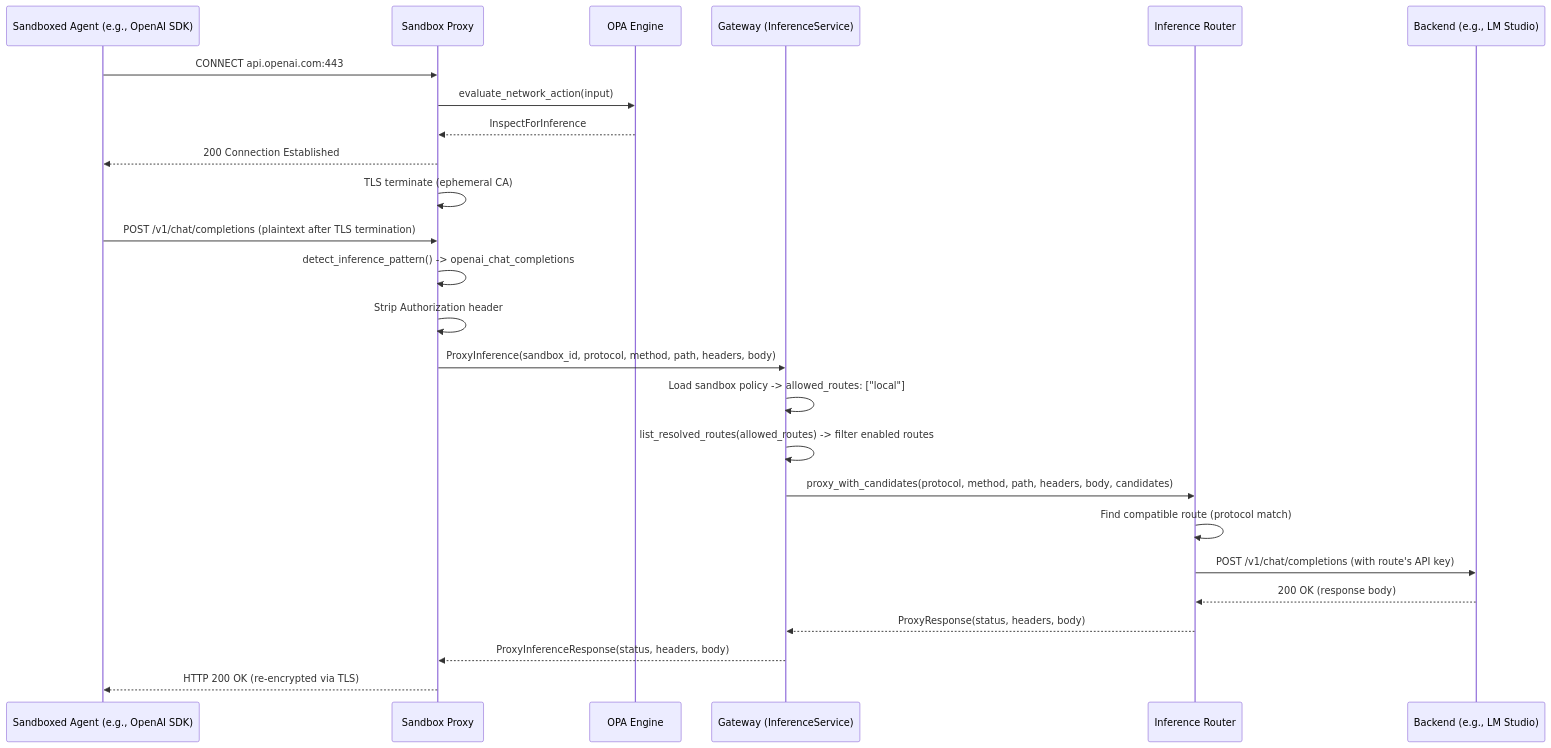
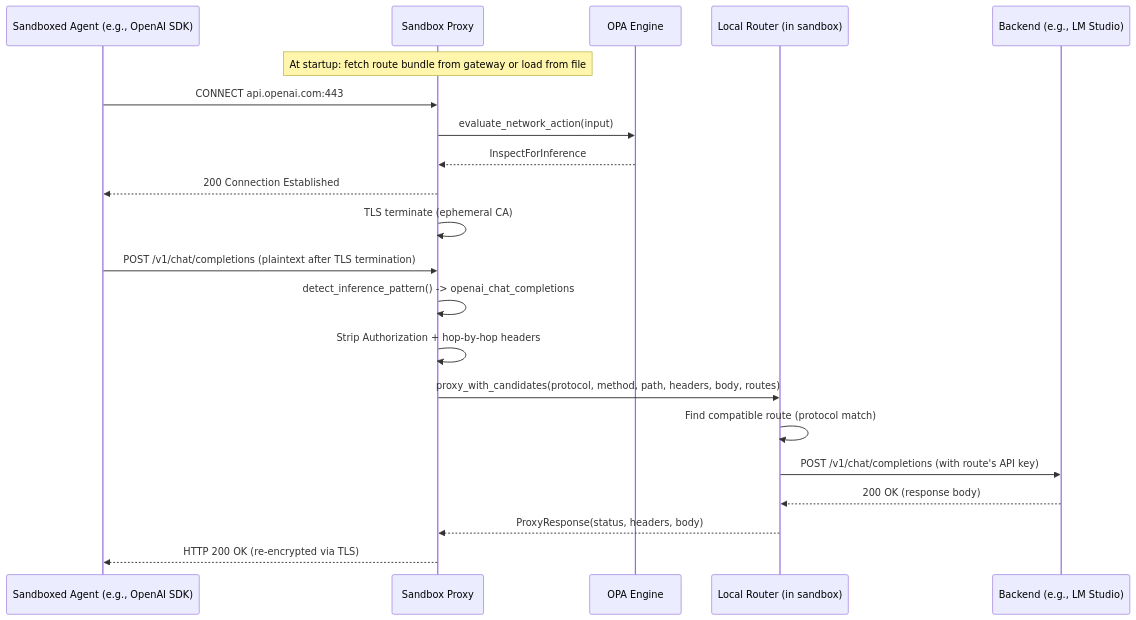
One commit to NVIDIA/OpenShell changed the second of 3 diagrams in architecture/inference-routing.md. Above: the diagram before and after it, drawn with Mermaid. The commit also changed other lines of this file and 23 other files, not shown here.

First line of the commit message:
feat(sandbox): move inference execution to sandbox-local routing (!79) (!52)

````diff
--- a/architecture/inference-routing.md
+++ b/architecture/inference-routing.md
@@ -26,28 +59,25 @@
 ```mermaid
 sequenceDiagram
     participant Agent as Sandboxed Agent (e.g., OpenAI SDK)
     participant Proxy as Sandbox Proxy
     participant OPA as OPA Engine
-    participant GW as Gateway (InferenceService)
-    participant Router as Inference Router
+    participant Router as Local Router (in sandbox)
     participant Backend as Backend (e.g., LM Studio)
+
+    Note over Proxy: At startup: fetch route bundle from gateway or load from file
 
     Agent->>Proxy: CONNECT api.openai.com:443
     Proxy->>OPA: evaluate_network_action(input)
     OPA-->>Proxy: InspectForInference
     Proxy-->>Agent: 200 Connection Established
     Proxy->>Proxy: TLS terminate (ephemeral CA)
     Agent->>Proxy: POST /v1/chat/completions (plaintext after TLS termination)
     Proxy->>Proxy: detect_inference_pattern() -> openai_chat_completions
-    Proxy->>Proxy: Strip Authorization header
-    Proxy->>GW: ProxyInference(sandbox_id, protocol, method, path, headers, body)
-    GW->>GW: Load sandbox policy -> allowed_routes: ["local"]
-    GW->>GW: list_resolved_routes(allowed_routes) -> filter enabled routes
-    GW->>Router: proxy_with_candidates(protocol, method, path, headers, body, candidates)
+    Proxy->>Proxy: Strip Authorization + hop-by-hop headers
+    Proxy->>Router: proxy_with_candidates(protocol, method, path, headers, body, routes)
     Router->>Router: Find compatible route (protocol match)
     Router->>Backend: POST /v1/chat/completions (with route's API key)
     Backend-->>Router: 200 OK (response body)
-    Router-->>GW: ProxyResponse(status, headers, body)
-    GW-->>Proxy: ProxyInferenceResponse(status, headers, body)
+    Router-->>Proxy: ProxyResponse(status, headers, body)
     Proxy-->>Agent: HTTP 200 OK (re-encrypted via TLS)
 ```
````
